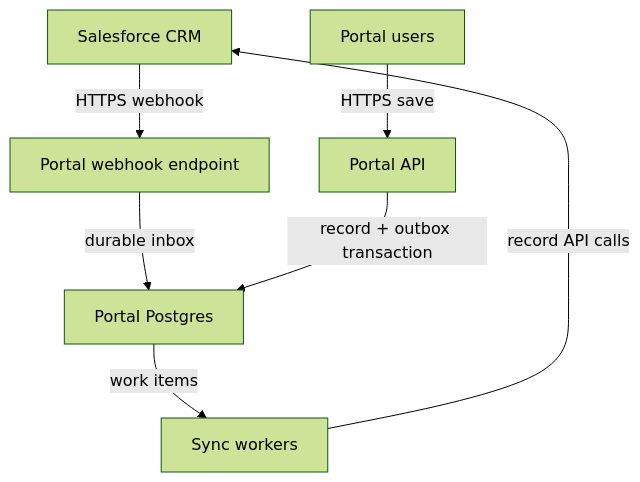
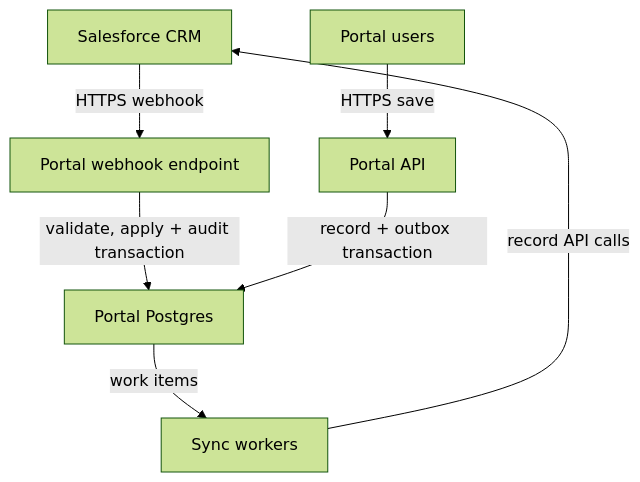
One commit to Aryanjstar/tequity-round1-design changed the diagram in docs/design.md. Above: the diagram before and after it, drawn with Mermaid (forest theme). The commit also changed other lines of this file, not shown here.

Commit message:
Apply validated webhooks transactionally

````diff
--- a/docs/design.md
+++ b/docs/design.md
@@ -13,9 +13,9 @@
 ```mermaid
 flowchart TB
   SF["Salesforce CRM"] -->|"HTTPS webhook"| WH["Portal webhook endpoint"]
-  WH -->|"durable inbox"| DB["Portal Postgres"]
+  WH -->|"validate, apply + audit transaction"| DB["Portal Postgres"]
   DB -->|"work items"| W["Sync workers"]
   W -->|"record API calls"| SF
   U["Portal users"] -->|"HTTPS save"| APP["Portal API"]
   APP -->|"record + outbox transaction"| DB
 ```
````
